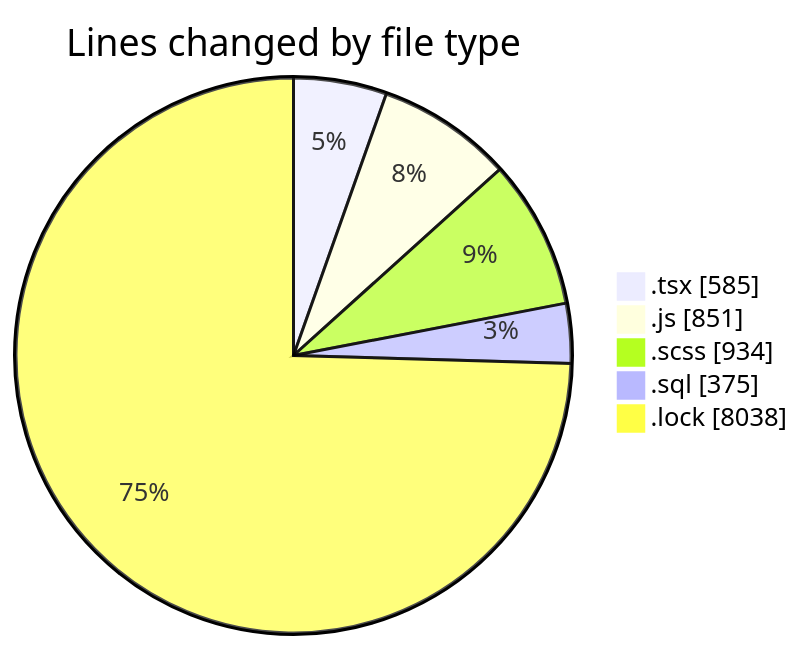
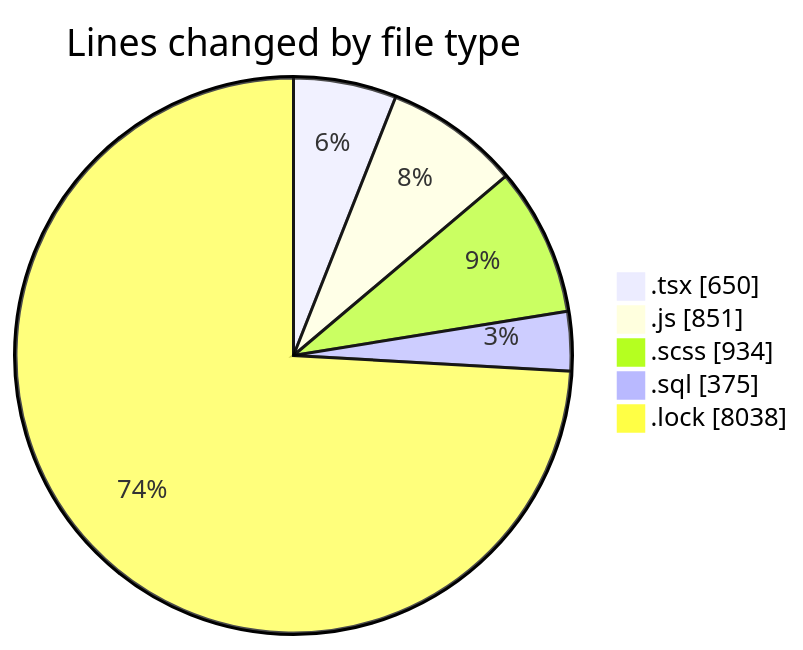
Before and after one commit to momahboobian/code-tracking: the first of 2 diagrams in 2025-03-18/cda/README.md, drawn with Mermaid. The commit also changed other lines of this file and 1 other file, not shown here.

````diff
--- a/2025-03-18/cda/README.md
+++ b/2025-03-18/cda/README.md
@@ -30,9 +30,9 @@
 ```mermaid
 pie showData
 title Lines changed by file type
-".tsx" : 585
+".tsx" : 650
 ".js" : 851
 ".scss" : 934
 ".sql" : 375
 ".lock" : 8038
 ```
````
